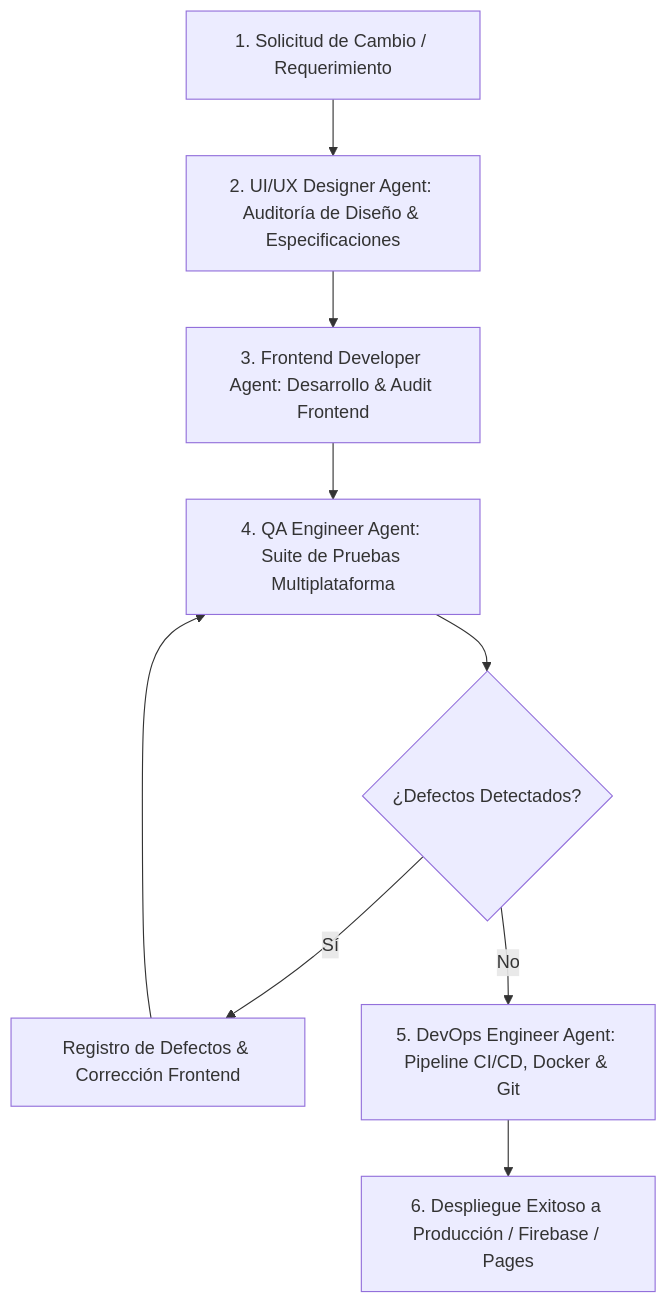
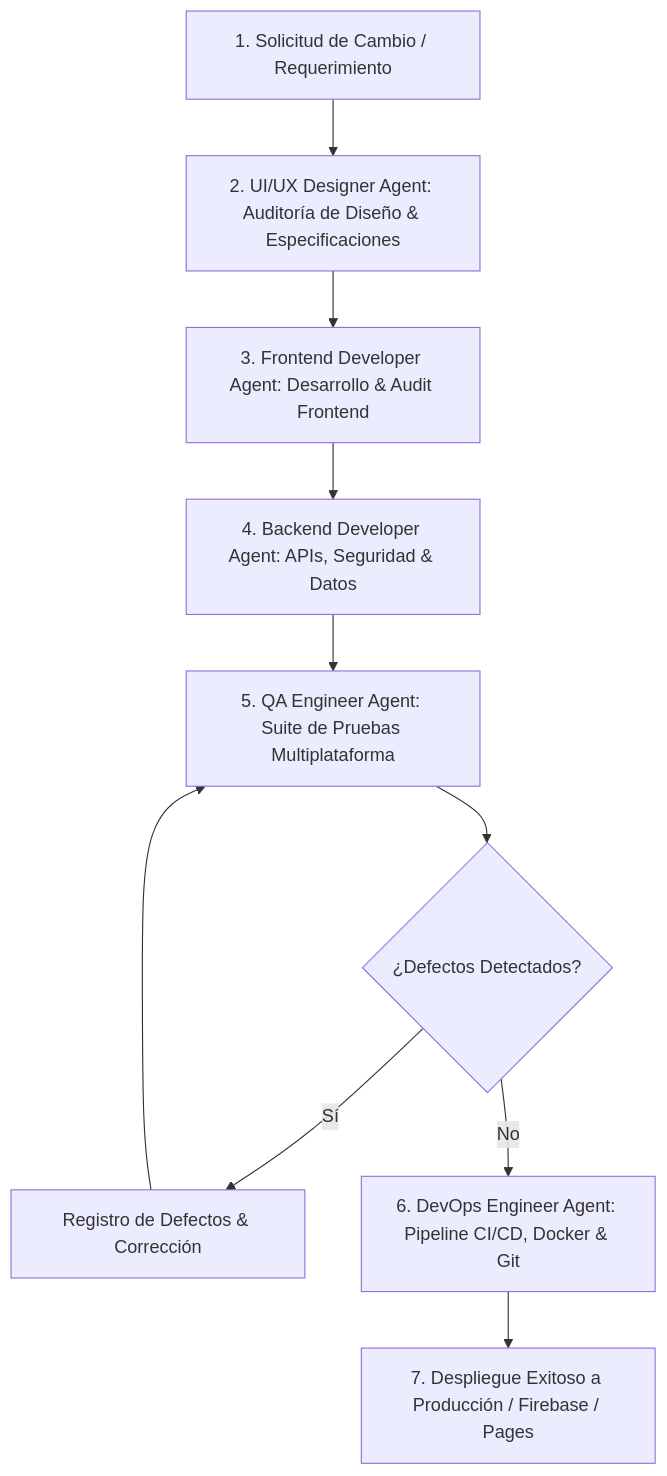
The diagram in .agents/AGENTS.md (fibarra2378/WebRioJaneiro), drawn with Mermaid before and after one commit. The commit also changed other lines of this file and 7 other files, not shown here.

Commit message:
feat: crear Backend Developer Agent con skill, auditoria automatizada y pipeline de 5 agentes integrado

````diff
--- a/.agents/AGENTS.md
+++ b/.agents/AGENTS.md
@@ -18,11 +18,12 @@
 ```mermaid
 graph TD
     A[1. Solicitud de Cambio / Requerimiento] --> B[2. UI/UX Designer Agent: Auditoría de Diseño & Especificaciones]
     B --> C[3. Frontend Developer Agent: Desarrollo & Audit Frontend]
-    C --> D[4. QA Engineer Agent: Suite de Pruebas Multiplataforma]
-    D --> E{¿Defectos Detectados?}
-    E -- Sí --> F[Registro de Defectos & Corrección Frontend]
-    F --> D
-    E -- No --> G[5. DevOps Engineer Agent: Pipeline CI/CD, Docker & Git]
-    G --> H[6. Despliegue Exitoso a Producción / Firebase / Pages]
+    C --> D[4. Backend Developer Agent: APIs, Seguridad & Datos]
+    D --> E[5. QA Engineer Agent: Suite de Pruebas Multiplataforma]
+    E --> F{¿Defectos Detectados?}
+    F -- Sí --> G[Registro de Defectos & Corrección]
+    G --> E
+    F -- No --> H[6. DevOps Engineer Agent: Pipeline CI/CD, Docker & Git]
+    H --> I[7. Despliegue Exitoso a Producción / Firebase / Pages]
 ```
````
